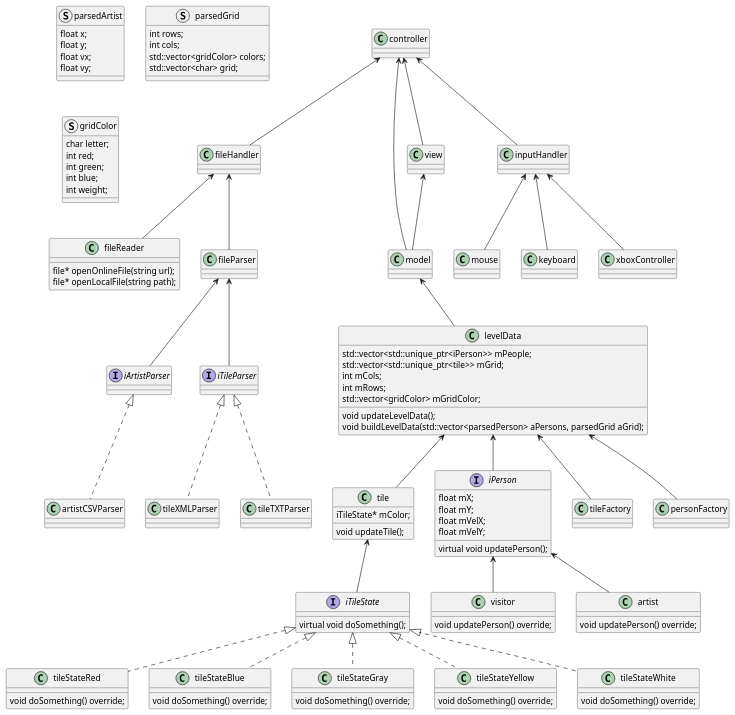
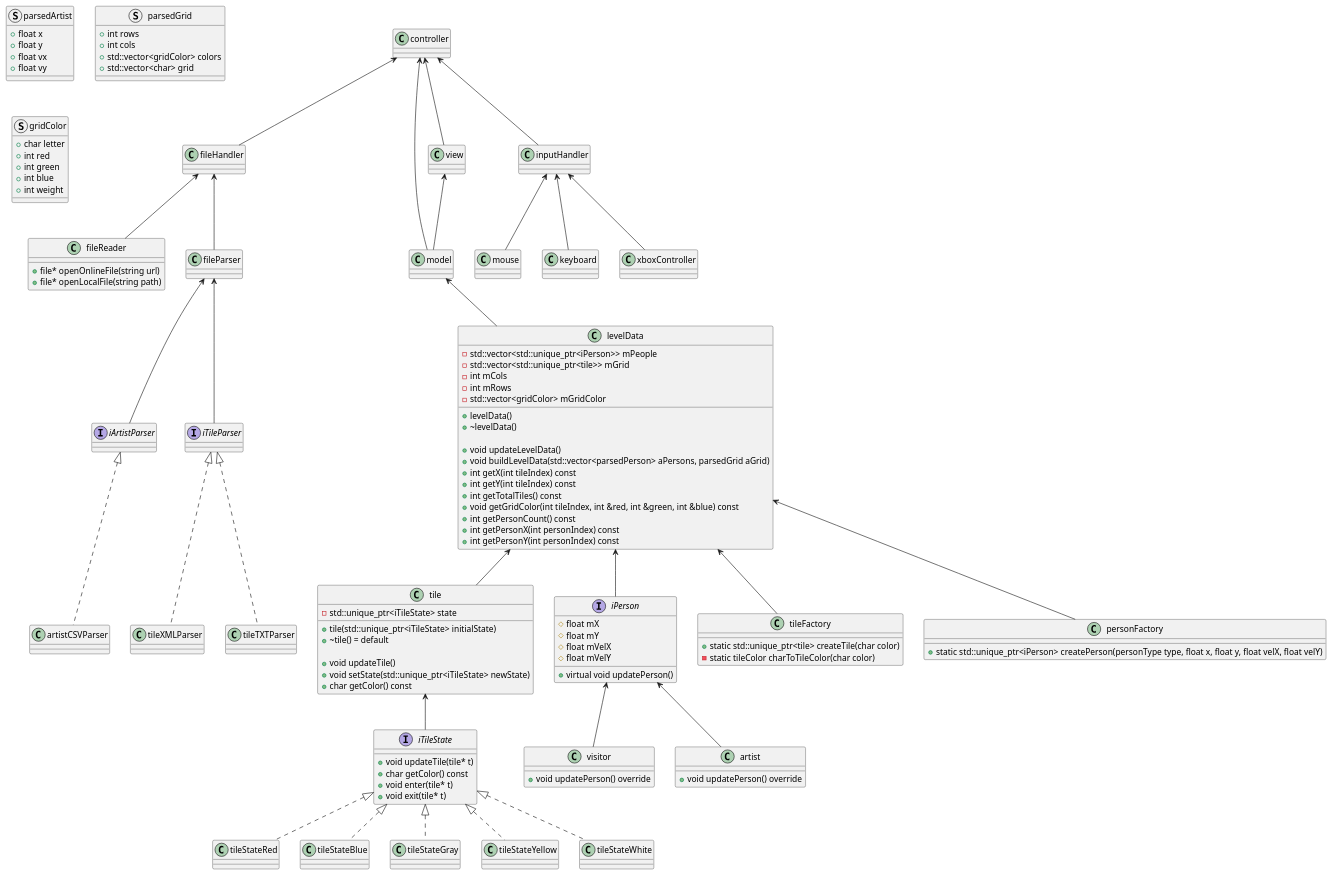
One commit to heavydragon99/AlgaDepa_Assesment changed the diagram in docs/classDiagram.puml. Above: the diagram before and after it, drawn with PlantUML.

Commit message:
Update class diagram
Added private and protected to class. Added new functions to existing classes

```diff
--- a/docs/classDiagram.puml
+++ b/docs/classDiagram.puml
@@ -1,182 +1,199 @@
 @startuml
 
 class fileHandler {
 }
 
 class fileReader {
-    file* openOnlineFile(string url);
-    file* openLocalFile(string path);
+    +file* openOnlineFile(string url)
+    +file* openLocalFile(string path)
 }
 
 class fileParser {
 }
 
 interface iArtistParser {
 
 }
 
 interface iTileParser {
 
 }
 
 class artistCSVParser{ 
 }
 
 class tileXMLParser {
 }
 
 class tileTXTParser {
 }
 
 class controller{
 
 }
 
 class model{
 }
 
 class levelData{
-    void updateLevelData();
-    void buildLevelData(std::vector<parsedPerson> aPersons, parsedGrid aGrid);
+    +levelData()
+    +~levelData()
 
-    std::vector<std::unique_ptr<iPerson>> mPeople;
-    std::vector<std::unique_ptr<tile>> mGrid;
-    int mCols;
-    int mRows;
-    std::vector<gridColor> mGridColor;
+    +void updateLevelData()
+    +void buildLevelData(std::vector<parsedPerson> aPersons, parsedGrid aGrid)
+    +int getX(int tileIndex) const
+    +int getY(int tileIndex) const
+    +int getTotalTiles() const
+    +void getGridColor(int tileIndex, int &red, int &green, int &blue) const
+    +int getPersonCount() const
+    +int getPersonX(int personIndex) const
+    +int getPersonY(int personIndex) const
+
+    -std::vector<std::unique_ptr<iPerson>> mPeople
+    -std::vector<std::unique_ptr<tile>> mGrid
+    -int mCols
+    -int mRows
+    -std::vector<gridColor> mGridColor
 }
 
 class tile{
-    void updateTile();
+    +tile(std::unique_ptr<iTileState> initialState)
+    +~tile() = default
 
-    iTileState* mColor;
+    +void updateTile()
+    +void setState(std::unique_ptr<iTileState> newState)
+    +char getColor() const
+
+    -std::unique_ptr<iTileState> state
 }
 
 interface iTileState{
-    virtual void doSomething();
+    +void updateTile(tile* t)
+    +char getColor() const
+    +void enter(tile* t)
+    +void exit(tile* t)
 }
 
 class tileStateRed{
-    void doSomething() override;
 }
 
 class tileStateBlue{
-    void doSomething() override;
 }
 
 class tileStateGray{
-    void doSomething() override;
 }
 
 class tileStateYellow{
-    void doSomething() override;
 }
 
 class tileStateWhite{
-    void doSomething() override;
 }
 
 interface iPerson{
-    virtual void updatePerson();
+    +virtual void updatePerson()
 
-    float mX;
-    float mY;
-    float mVelX;
-    float mVelY;
+    #float mX
+    #float mY
+    #float mVelX
+    #float mVelY
 }
 
 class visitor{
-    void updatePerson() override;
+    +void updatePerson() override
 }
 
 class artist{
-    void updatePerson() override;
+    +void updatePerson() override
 }
 
 class inputHandler{
 }
 
 class mouse{
     ' use 3rd party library to get mouse coordinates and translate to generic data
 }
 
 class keyboard{
     ' use 3rd party library to get keyboard input and translate to generic data
 }
 
 class xboxController{
     ' use 3rd party library to get xbox controller input and translate to generic data
 }
 
-class tileFactory{}
+class tileFactory{
+    +static std::unique_ptr<tile> createTile(char color)
+    -static tileColor charToTileColor(char color)
+}
 
 class personFactory{
+    +static std::unique_ptr<iPerson> createPerson(personType type, float x, float y, float velX, float velY)
 }
 
 class view{}
 
 struct parsedArtist{
-    float x;
-    float y;
-    float vx;
-    float vy;
+    +float x
+    +float y
+    +float vx
+    +float vy
 }
 
 ' vector<char> parsedTile()
 
 struct parsedGrid{
-    int rows;
-    int cols;
-    std::vector<gridColor> colors;
-    std::vector<char> grid;
+    +int rows
+    +int cols
+    +std::vector<gridColor> colors
+    +std::vector<char> grid
 }
 
 struct gridColor{
-    char letter;
-    int red;
-    int green;
-    int blue;
-    int weight;
+    +char letter
+    +int red
+    +int green
+    +int blue
+    +int weight
 }
 
 
 controller <-- fileHandler
 controller <-- model
 controller <-- inputHandler
 controller <-- view
 view <-- model
 
 ' model
 model <-- levelData
 levelData <-- tile
 tile <-- iTileState
 iTileState <|.. tileStateRed
 iTileState <|.. tileStateBlue
 iTileState <|.. tileStateGray
 iTileState <|.. tileStateYellow
 iTileState <|.. tileStateWhite
 
 levelData <-- iPerson
 iPerson <-- visitor
 iPerson <-- artist
 
 levelData <-- tileFactory
 levelData <-- personFactory
 
 ' filehandler
 fileHandler <-- fileReader
 
 ' Parser
 fileHandler <-- fileParser
 fileParser <-- iArtistParser
 fileParser <-- iTileParser
 
 iArtistParser <|.. artistCSVParser
 iTileParser <|.. tileTXTParser
 iTileParser <|.. tileXMLParser
 
 ' inputHandler
 inputHandler <-- mouse
 inputHandler <-- keyboard
 inputHandler <-- xboxController
 @enduml
```
